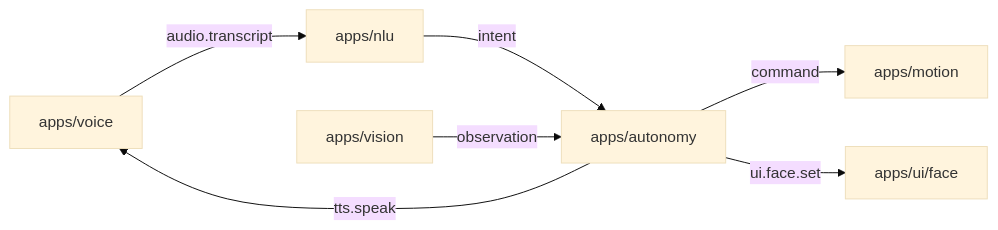
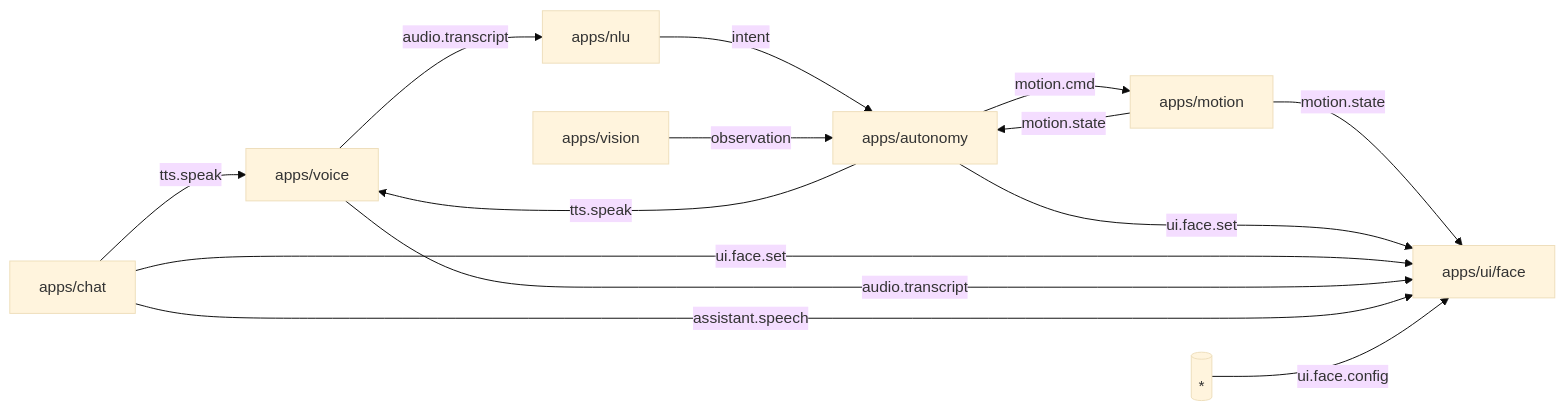
Before and after one commit to mpieniak01/Rider-Pi: the diagram in project.md, drawn with Mermaid (base theme). The commit also changed other lines of this file, not shown here.

````diff
--- a/project.md
+++ b/project.md
@@ -49,9 +49,16 @@
 ```mermaid
 flowchart LR
   Voice[apps/voice] -->|audio.transcript| NLU[apps/nlu]
   NLU -->|intent| Autonomy[apps/autonomy]
   Vision[apps/vision] -->|observation| Autonomy
-  Autonomy -->|command| Motion[apps/motion]
+  Autonomy -->|motion.cmd| Motion[apps/motion]
+  Motion -->|motion.state| Autonomy
+  Motion -->|motion.state| UI[apps/ui/face]
   Autonomy -->|tts.speak| Voice
-  Autonomy -->|ui.face.set| UI[apps/ui/face]
+  Chat[apps/chat] -->|tts.speak| Voice
+  Autonomy -->|ui.face.set| UI
+  Chat -->|ui.face.set| UI
+  Voice -->|audio.transcript| UI
+  Chat -->|assistant.speech| UI
+  Any[(*)] -->|ui.face.config| UI
 ```
````
